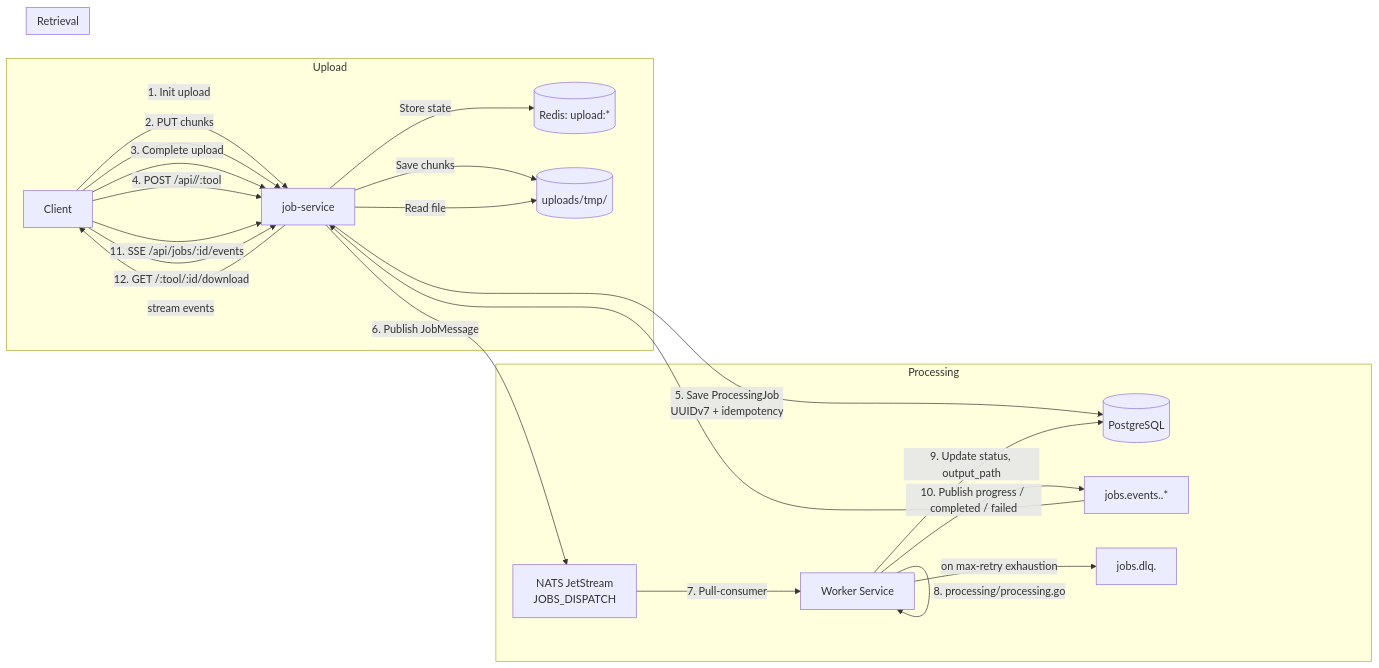
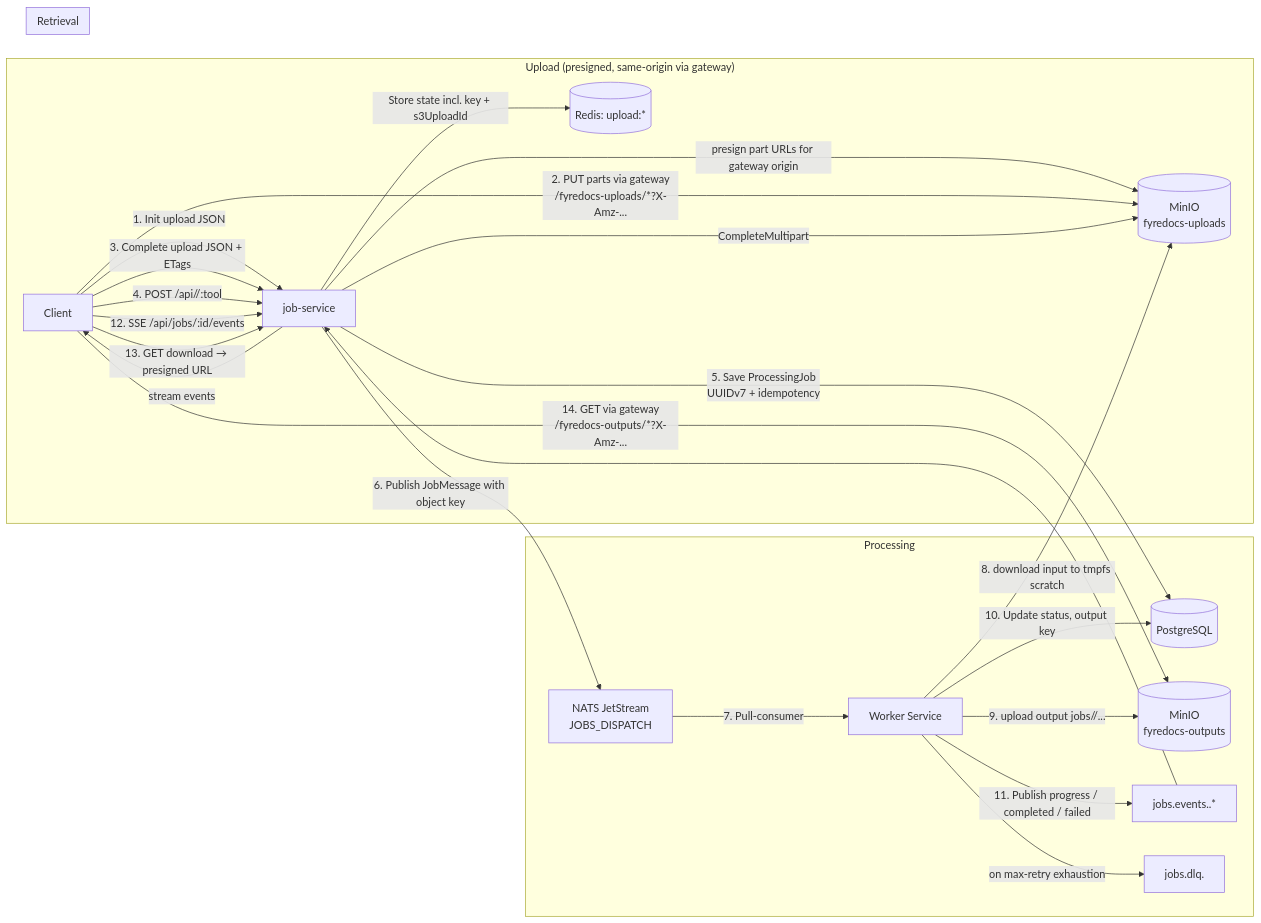
The second of 5 diagrams in docs/developer/mermaid/system-overview.md (Prachidubey2003/fyredocs_backend), drawn with Mermaid before and after one commit. The commit also changed other lines of this file and 84 other files, not shown here.

First line of the commit message:
feat(natsconn): add JetStream stream configurations and ensure streams function

````diff
--- a/docs/developer/mermaid/system-overview.md
+++ b/docs/developer/mermaid/system-overview.md
@@ -92,29 +100,31 @@
 ```mermaid
 flowchart LR
-    subgraph Upload
-        A[Client] -->|1. Init upload| B[job-service]
-        A -->|2. PUT chunks| B
-        A -->|3. Complete upload| B
-        B -->|Store state| Redis[(Redis: upload:*)]
-        B -->|Save chunks| Disk[(uploads/tmp/<uploadId>)]
+    subgraph Upload["Upload (presigned, same-origin via gateway)"]
+        A[Client] -->|1. Init upload JSON| B[job-service]
+        B -->|Store state incl. key + s3UploadId| Redis[(Redis: upload:*)]
+        B -->|presign part URLs for gateway origin| S3[("MinIO<br/>fyredocs-uploads")]
+        A -->|"2. PUT parts via gateway<br/>/fyredocs-uploads/*?X-Amz-..."| S3
+        A -->|3. Complete upload JSON + ETags| B
+        B -->|CompleteMultipart| S3
     end
 
     subgraph Processing
         A -->|4. POST /api/<group>/:tool| B
         B -->|5. Save ProcessingJob<br/>UUIDv7 + idempotency| PG[(PostgreSQL)]
-        B -->|6. Publish JobMessage| NATS["NATS JetStream<br/>JOBS_DISPATCH"]
+        B -->|6. Publish JobMessage with object key| NATS["NATS JetStream<br/>JOBS_DISPATCH"]
         NATS -->|7. Pull-consumer| W["Worker Service"]
-        W -->|8. processing/processing.go| W
-        W -->|9. Update status, output_path| PG
-        W -->|10. Publish progress / completed / failed| EV["jobs.events.<jobId>.*"]
+        W -->|8. download input to tmpfs scratch| S3
+        W -->|9. upload output jobs/<jobId>/...| S3O[("MinIO<br/>fyredocs-outputs")]
+        W -->|10. Update status, output key| PG
+        W -->|11. Publish progress / completed / failed| EV["jobs.events.<jobId>.*"]
         W -->|on max-retry exhaustion| DLQ["jobs.dlq.<service>"]
     end
 
     subgraph Retrieval
-        A -->|11. SSE /api/jobs/:id/events| B
+        A -->|12. SSE /api/jobs/:id/events| B
         EV --> B
         B -->|stream events| A
-        A -->|12. GET /:tool/:id/download| B
-        B -->|Read file| Disk
+        A -->|13. GET download → presigned URL| B
+        A -->|"14. GET via gateway<br/>/fyredocs-outputs/*?X-Amz-..."| S3O
     end
 ```
````
